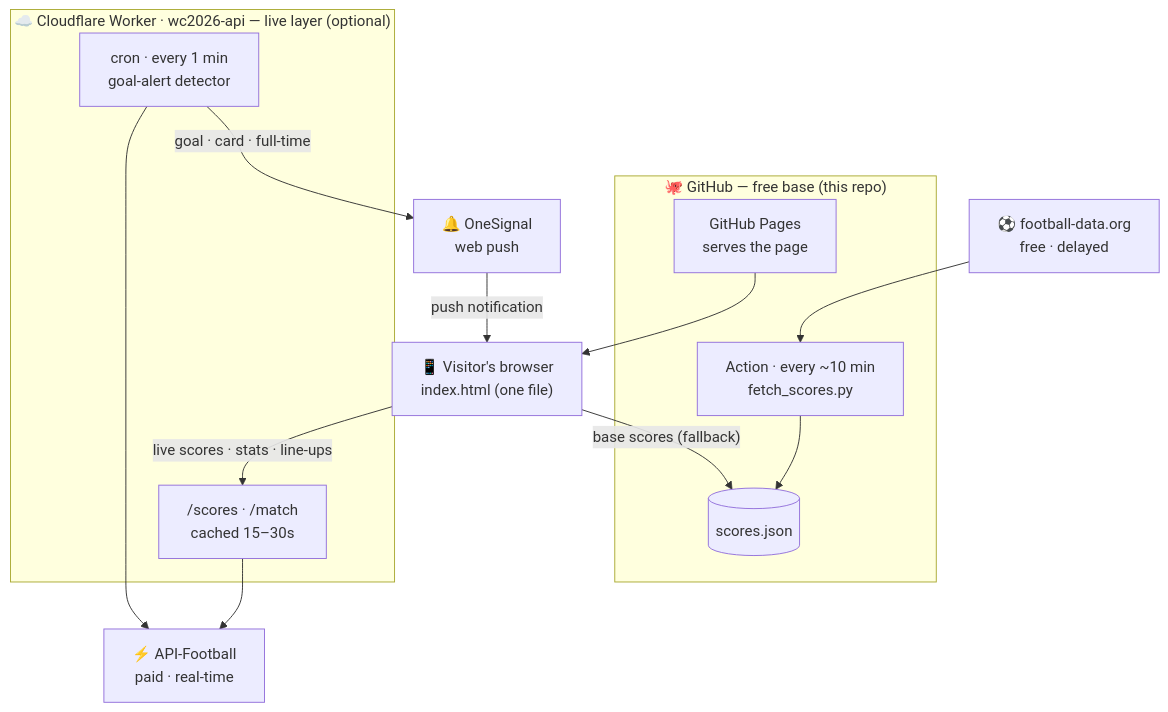
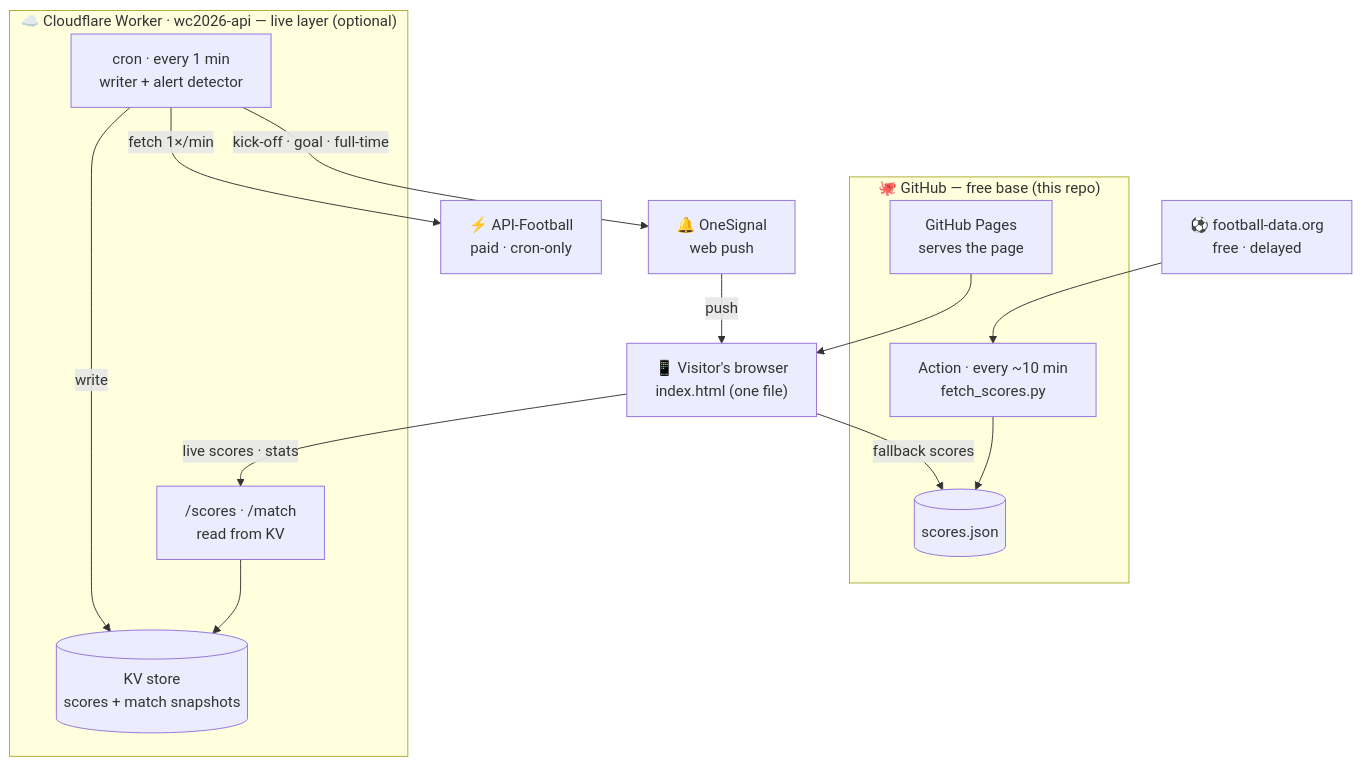
One commit to danpune/worldcup2026 changed the diagram in README.md. Above: the diagram before and after it, drawn with Mermaid. The commit also changed other lines of this file, not shown here.

Commit message:
README: update architecture diagram to the decoupled-reads model
The Worker now serves /scores and /match from KV; the once-a-minute cron is the
only thing that calls API-Football (writes KV + sends alerts). Visitor reads
never touch the paid API, so it can't be rate-limited at any scale. Contains no
PII — generic service names only.

````diff
--- a/README.md
+++ b/README.md
@@ -30,26 +30,28 @@
 ```mermaid
 flowchart TD
     UI["📱 Visitor's browser<br/>index.html (one file)"]
 
     subgraph GH["🐙 GitHub — free base (this repo)"]
         Pages["GitHub Pages<br/>serves the page"]
         Action["Action · every ~10 min<br/>fetch_scores.py"]
         JSON[("scores.json")]
     end
 
     subgraph CF["☁️ Cloudflare Worker · wc2026-api — live layer (optional)"]
-        Proxy["/scores · /match<br/>cached 15–30s"]
-        Cron["cron · every 1 min<br/>goal-alert detector"]
+        Read["/scores · /match<br/>read from KV"]
+        KV[("KV store<br/>scores + match snapshots")]
+        Cron["cron · every 1 min<br/>writer + alert detector"]
     end
 
     FD["⚽ football-data.org<br/>free · delayed"]
-    AF["⚡ API-Football<br/>paid · real-time"]
+    AF["⚡ API-Football<br/>paid · cron-only"]
     OS["🔔 OneSignal<br/>web push"]
 
     Pages --> UI
     FD --> Action --> JSON
-    UI -- "base scores (fallback)" --> JSON
-    UI -- "live scores · stats · line-ups" --> Proxy --> AF
-    Cron --> AF
-    Cron -- "goal · card · full-time" --> OS -- "push notification" --> UI
+    UI -- "fallback scores" --> JSON
+    UI -- "live scores · stats" --> Read --> KV
+    Cron -- "fetch 1×/min" --> AF
+    Cron -- "write" --> KV
+    Cron -- "kick-off · goal · full-time" --> OS -- "push" --> UI
 ```
````
